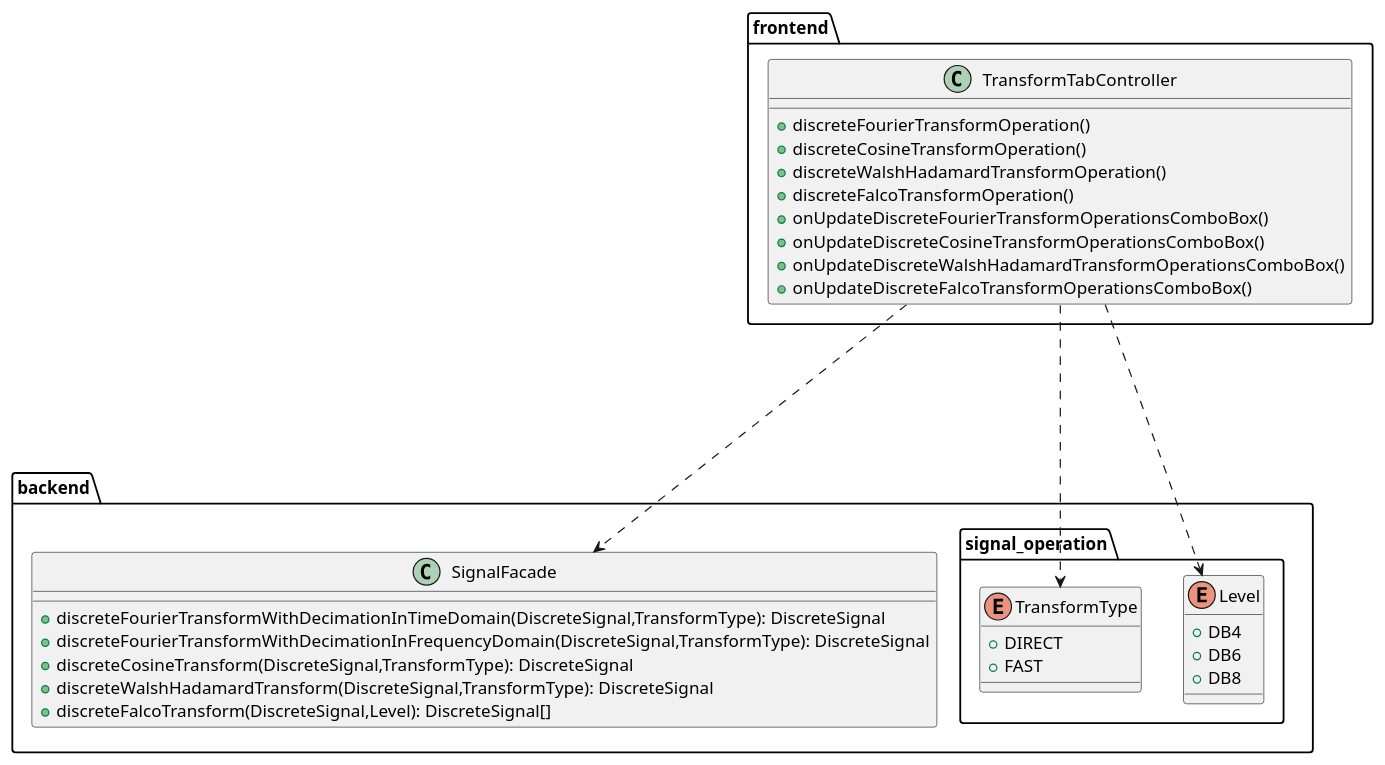
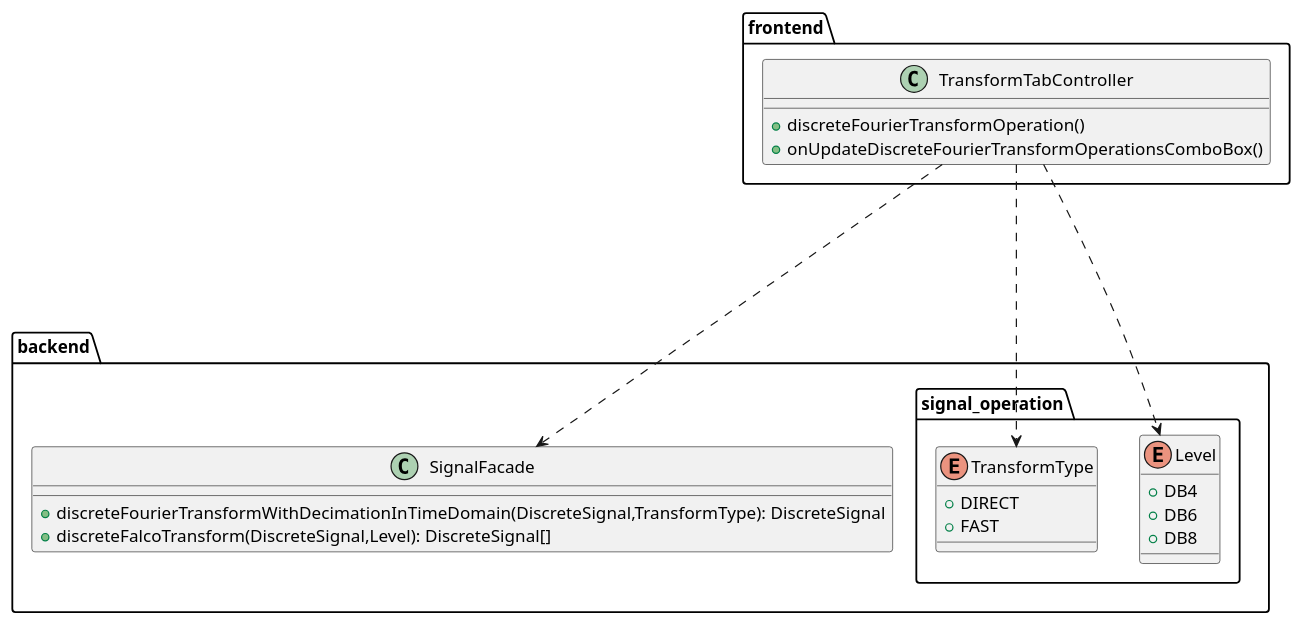
One commit to RadekBucki/DigitalSignalProcessing changed the eighth of 8 diagrams in README.md. Above: the diagram before and after it, drawn with PlantUML. The commit also changed other lines of this file, not shown here.

Commit message:
#114 Update architecture

````diff
--- a/README.md
+++ b/README.md
@@ -790,37 +763,28 @@
 ```plantuml
 package frontend {
     class TransformTabController {
         + discreteFourierTransformOperation()
-        + discreteCosineTransformOperation()
-        + discreteWalshHadamardTransformOperation()
-        + discreteFalcoTransformOperation()
         + onUpdateDiscreteFourierTransformOperationsComboBox()
-        + onUpdateDiscreteCosineTransformOperationsComboBox()
-        + onUpdateDiscreteWalshHadamardTransformOperationsComboBox()
-        + onUpdateDiscreteFalcoTransformOperationsComboBox()
     }
 }
 package backend {
     class SignalFacade {
         + discreteFourierTransformWithDecimationInTimeDomain(DiscreteSignal,TransformType): DiscreteSignal
-        + discreteFourierTransformWithDecimationInFrequencyDomain(DiscreteSignal,TransformType): DiscreteSignal
-        + discreteCosineTransform(DiscreteSignal,TransformType): DiscreteSignal
-        + discreteWalshHadamardTransform(DiscreteSignal,TransformType): DiscreteSignal
         + discreteFalcoTransform(DiscreteSignal,Level): DiscreteSignal[]
     }
     package signal_operation {
         enum TransformType {
             + DIRECT
             + FAST
         }
         enum Level {
             + DB4
             + DB6
             + DB8
         }
     }
 }
 TransformTabController ....> SignalFacade
 TransformTabController ..> TransformType
 TransformTabController ..> Level
 ```
````
